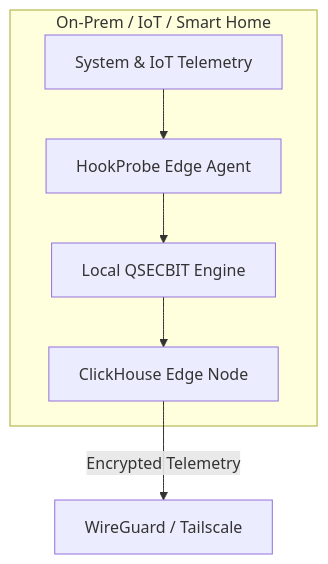
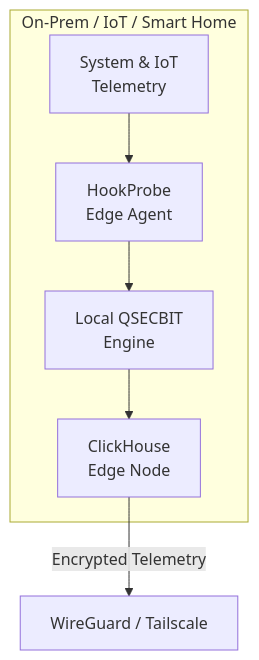
One commit to hookprobe/hookprobe changed the fourth of 5 diagrams in install/addons/n8n/AUTOMATION.md. Above: the diagram before and after it, drawn with Mermaid. The commit also changed other lines of this file, not shown here.

First line of the commit message:
Refactor Mermaid diagrams for automation documentation

````diff
--- a/install/addons/n8n/AUTOMATION.md
+++ b/install/addons/n8n/AUTOMATION.md
@@ -127,13 +122,13 @@
 ```mermaid
+
 flowchart TD
     subgraph EDGE["On-Prem / IoT / Smart Home"]
-        AGENT[HookProbe Edge Agent]
-        LOCALCH[ClickHouse Edge Node]
-        LQSEC[Local QSECBIT Engine]
-        SENS[System & IoT Telemetry]
+        AGENT["HookProbe<br>Edge Agent"]
+        LOCALCH["ClickHouse<br>Edge Node"]
+        LQSEC["Local QSECBIT<br>Engine"]
+        SENS["System & IoT<br>Telemetry"]
     end
 
     SENS --> AGENT --> LQSEC --> LOCALCH
-
-    LOCALCH -->|Encrypted Telemetry| TUNNEL[WireGuard / Tailscale]
+    LOCALCH -->|Encrypted Telemetry| TUNNEL["WireGuard / Tailscale"]
 ```
````
